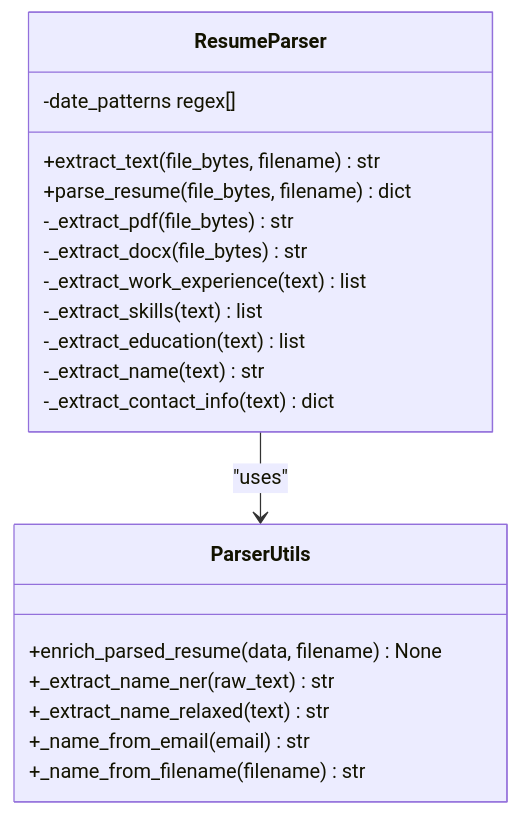
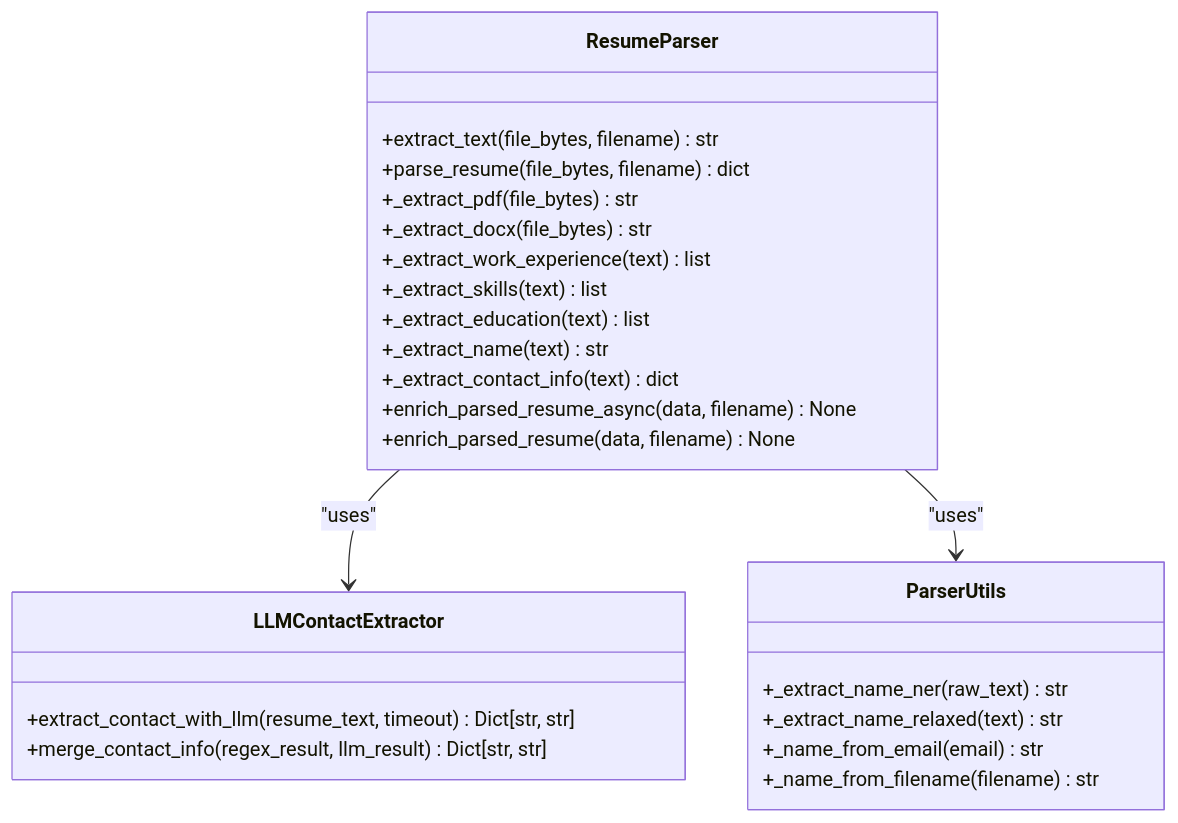
The fourth of 10 diagrams in .qoder/repowiki/en/content/Candidate Management/Resume Parsing and Extraction.md (Revanththetalogics/aireume), drawn with Mermaid before and after one commit. The commit also changed other lines of this file and 20 other files, not shown here.

First line of the commit message:
fix: persist complete report data to analysis_result for Candidates page

````diff
--- a/.qoder/repowiki/en/content/Candidate Management/Resume Parsing and Extraction.md
+++ b/.qoder/repowiki/en/content/Candidate Management/Resume Parsing and Extraction.md
@@ -153,23 +241,28 @@
 ```mermaid
 classDiagram
 class ResumeParser {
 +extract_text(file_bytes, filename) str
 +parse_resume(file_bytes, filename) dict
--_extract_pdf(file_bytes) str
--_extract_docx(file_bytes) str
--_extract_work_experience(text) list
--_extract_skills(text) list
--_extract_education(text) list
--_extract_name(text) str
--_extract_contact_info(text) dict
--date_patterns regex[]
++_extract_pdf(file_bytes) str
++_extract_docx(file_bytes) str
++_extract_work_experience(text) list
++_extract_skills(text) list
++_extract_education(text) list
++_extract_name(text) str
++_extract_contact_info(text) dict
++enrich_parsed_resume_async(data, filename) None
++enrich_parsed_resume(data, filename) None
+}
+class LLMContactExtractor {
++extract_contact_with_llm(resume_text, timeout) Dict[str, str]
++merge_contact_info(regex_result, llm_result) Dict[str, str]
 }
 class ParserUtils {
-+enrich_parsed_resume(data, filename) None
 +_extract_name_ner(raw_text) str
 +_extract_name_relaxed(text) str
 +_name_from_email(email) str
 +_name_from_filename(filename) str
 }
+ResumeParser --> LLMContactExtractor : "uses"
 ResumeParser --> ParserUtils : "uses"
 ```
````
